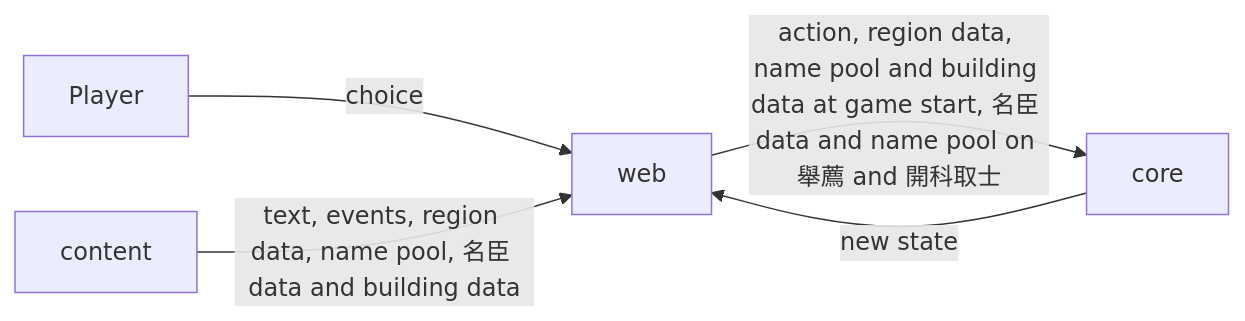
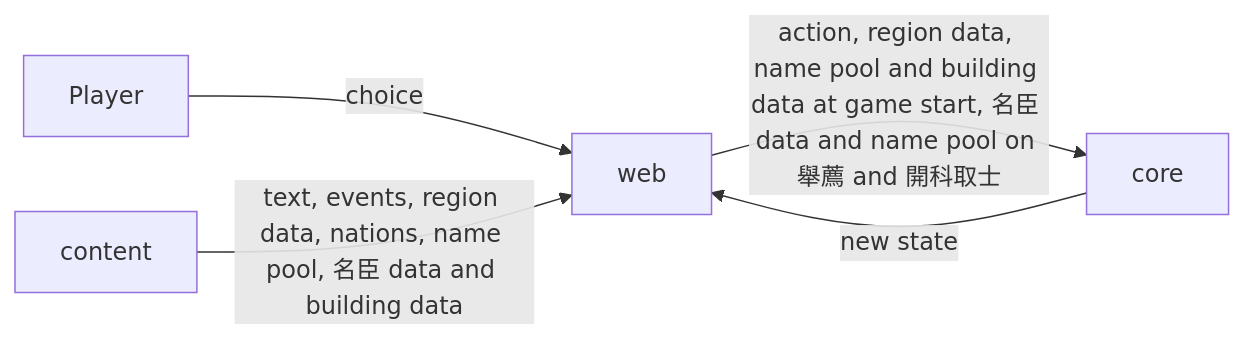
The second of 2 diagrams in docs/architecture.md (dcheng1248/agent-harness-test), drawn with Mermaid before and after one commit. The commit also changed 8 other files, not shown here.

````diff
--- a/docs/architecture.md
+++ b/docs/architecture.md
@@ -12,7 +12,7 @@
 ```mermaid
 flowchart LR
   Player -->|choice| web
   web -->|action, region data, name pool and building data at game start, 名臣 data and name pool on 舉薦 and 開科取士| core
-  content -->|text, events, region data, name pool, 名臣 data and building data| web
+  content -->|text, events, region data, nations, name pool, 名臣 data and building data| web
   core -->|new state| web
 ```
````
